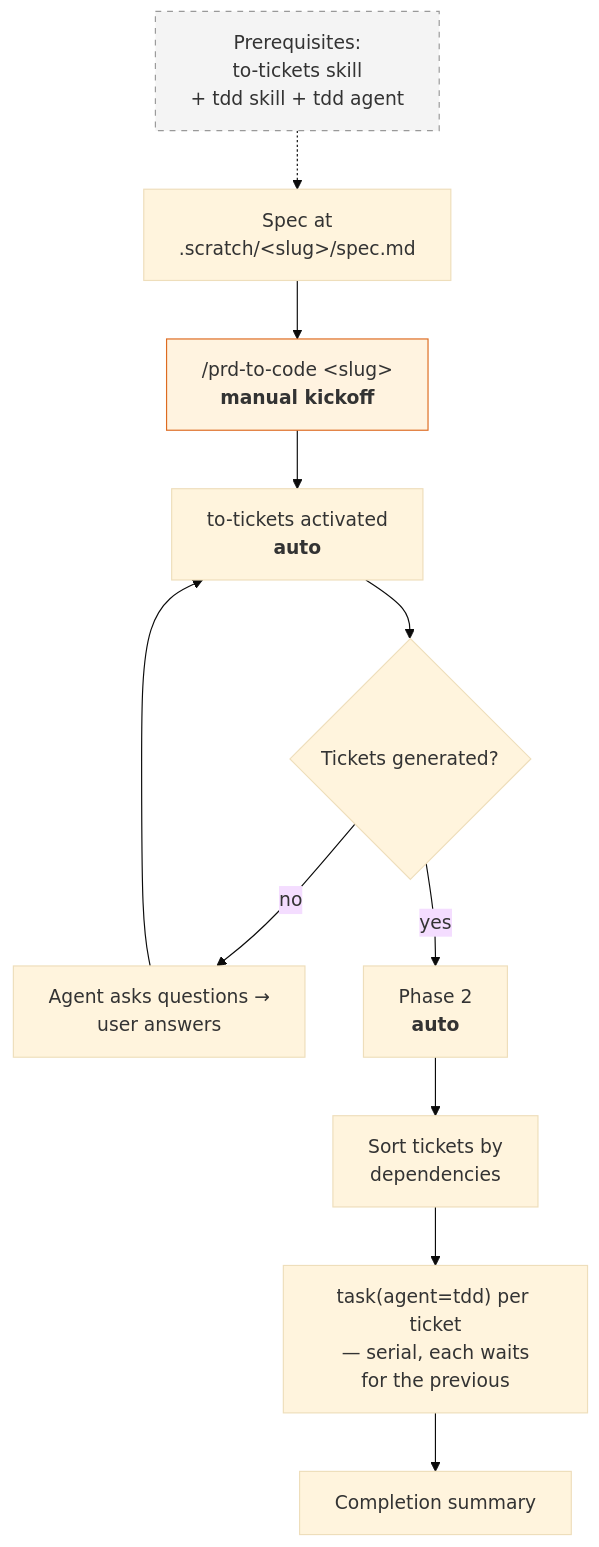
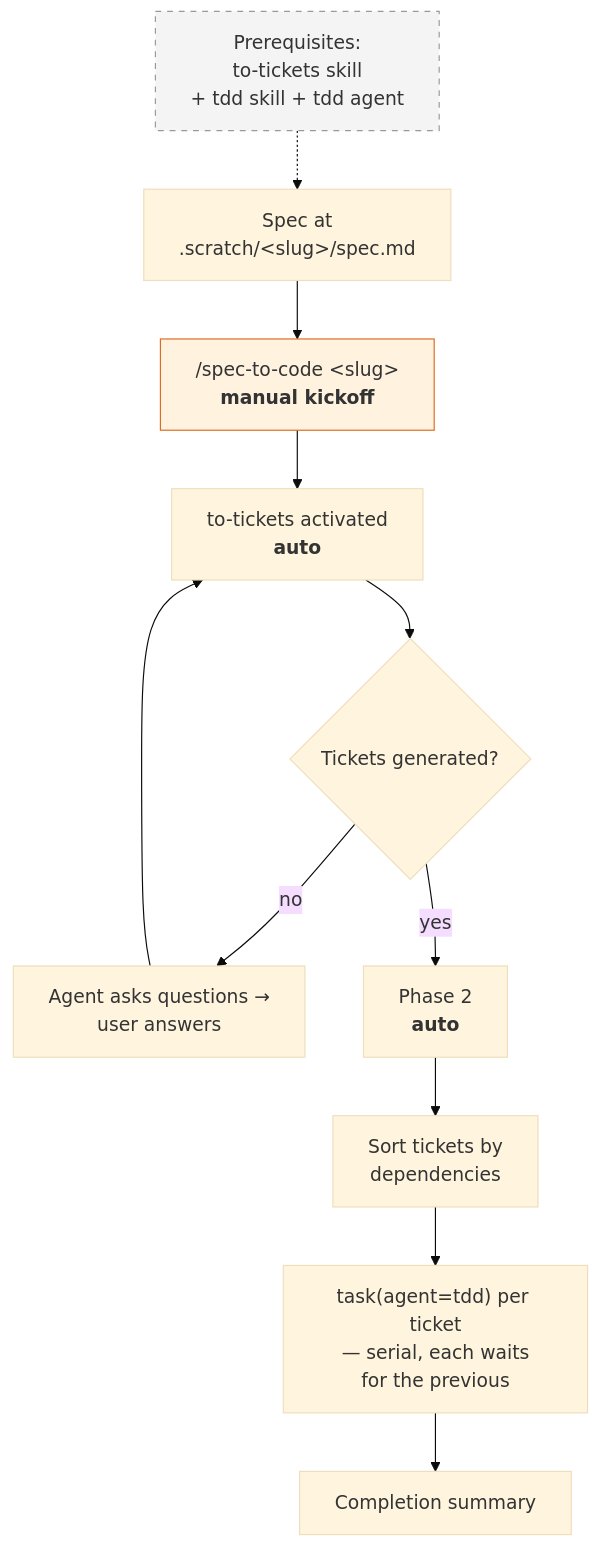
Before and after one commit to hugosol/oh-my-wayfinder: the second of 2 diagrams in README.md, drawn with Mermaid (base theme). The commit also changed other lines of this file and 2 other files, not shown here.

Commit message:
rename to spec-to-code

````diff
--- a/README.md
+++ b/README.md
@@ -85,15 +85,15 @@
 ```mermaid
 flowchart TD
     PRE["Prerequisites:<br/>to-tickets skill<br/>+ tdd skill + tdd agent"] -.-> P
-    P["Spec at<br/>.scratch/&lt;slug&gt;/spec.md"] --> C["/prd-to-code &lt;slug&gt;<br/><b>manual kickoff</b>"]
+    P["Spec at<br/>.scratch/&lt;slug&gt;/spec.md"] --> C["/spec-to-code &lt;slug&gt;<br/><b>manual kickoff</b>"]
     C --> A["to-tickets activated<br/><b>auto</b>"]
     A --> Q{"Tickets generated?"}
     Q -->|"no"| QA["Agent asks questions →<br/>user answers"] --> A
     Q -->|"yes"| P2["Phase 2<br/><b>auto</b>"]
     P2 --> ORD["Sort tickets by<br/>dependencies"]
     ORD --> TD["task(agent=tdd) per ticket<br/>— serial, each waits<br/>for the previous"]
     TD --> DONE["Completion summary"]
 
     style C fill:#fff3e0,stroke:#dd6b20
     style PRE fill:#f4f4f4,stroke:#999,stroke-dasharray:5 5
 ```
````
